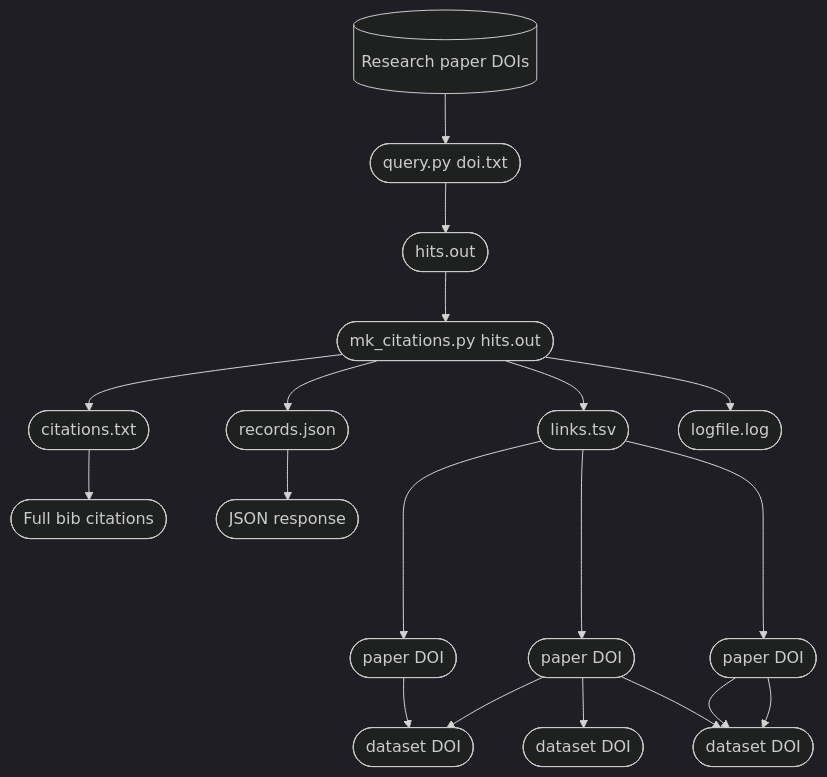
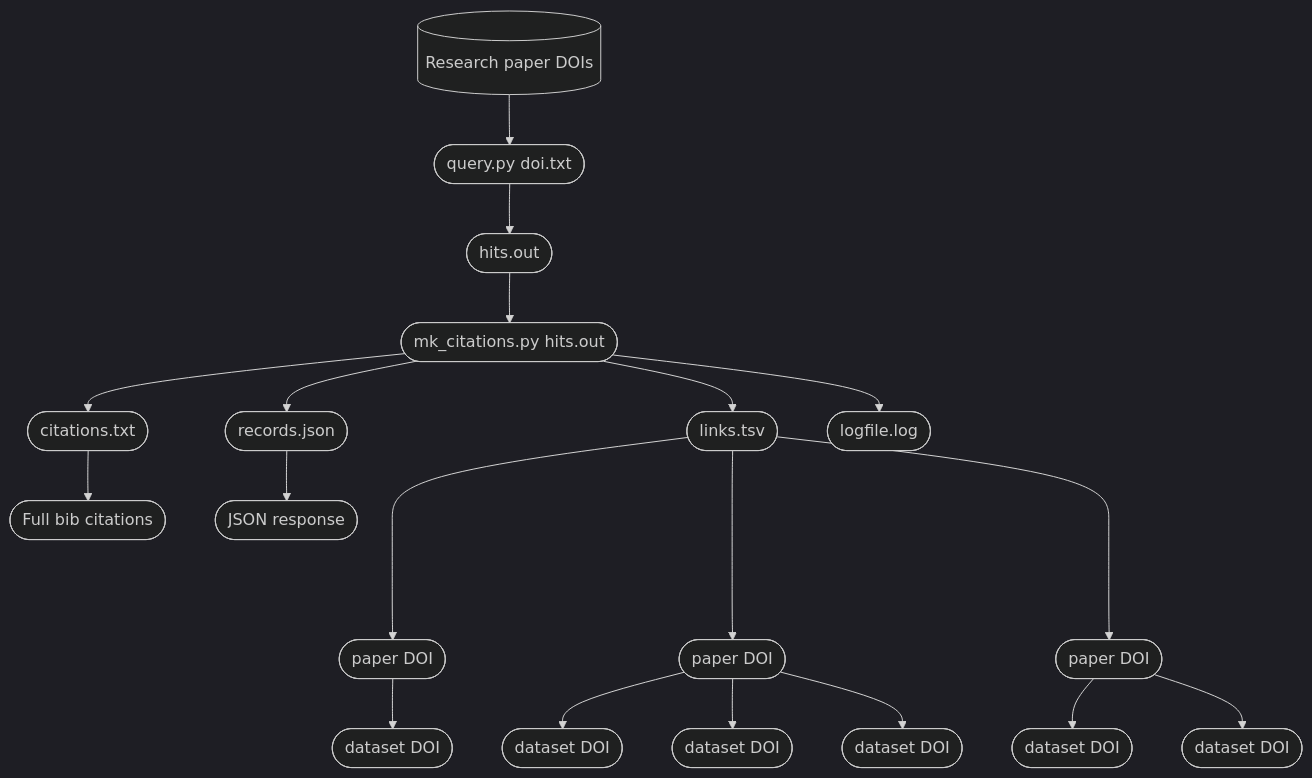
One commit to sefnyn/scholix changed the diagram in README.md. Above: the diagram before and after it, drawn with Mermaid (dark theme).

````diff
--- a/README.md
+++ b/README.md
@@ -3,22 +3,22 @@
 ```mermaid
 graph TD;
     A[(Research paper DOIs)]
     A --> B([query.py doi.txt]);
     B --> C([hits.out]);
     C --> D([mk_citations.py hits.out]);
     D --> E([links.tsv]);
     D --> F([citations.txt]);
     D --> G([records.json]);
     D --> H([logfile.log]);
     E ----> P1([paper DOI]);
     E ----> P2([paper DOI]);
     E ----> P3([paper DOI]);
     P1 --> D1([dataset DOI]);
-    P2 --> D1([dataset DOI]);
-    P2 --> D2([dataset DOI]);
-    P2 --> D3([dataset DOI]);
-    P3 --> D3([dataset DOI]);
-    P3 --> D3;
+    P2 --> D2A([dataset DOI]);
+    P2 --> D2B([dataset DOI]);
+    P2 --> D2C([dataset DOI]);
+    P3 --> D3A([dataset DOI]);
+    P3 --> D3B([dataset DOI]);
     F --> K([Full bib citations]);
     G --> L([JSON response]);
 ```
````
